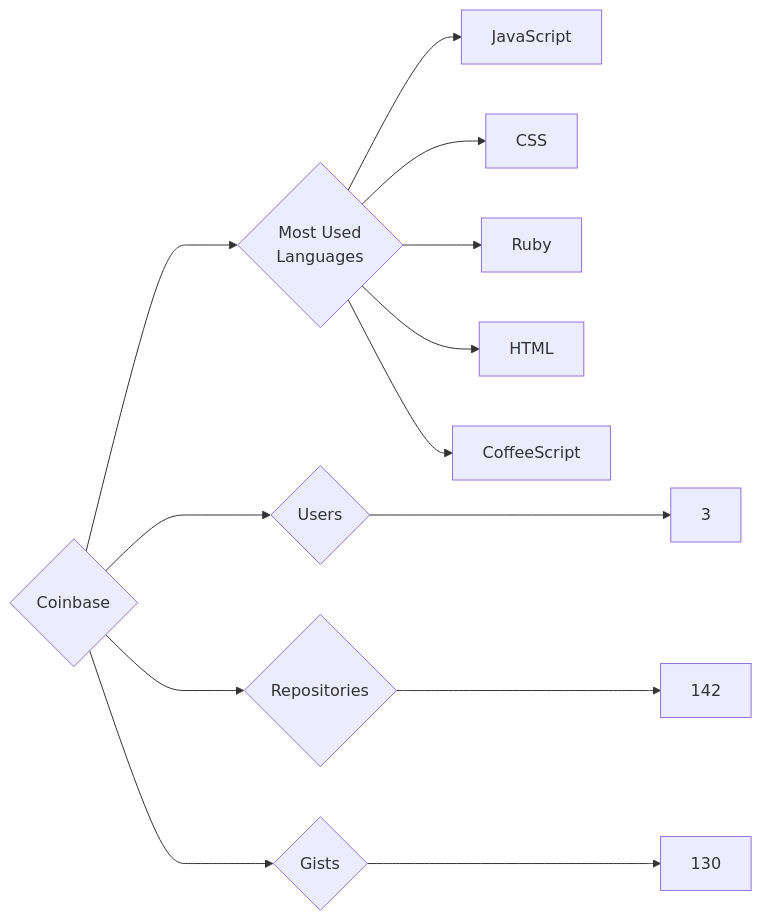
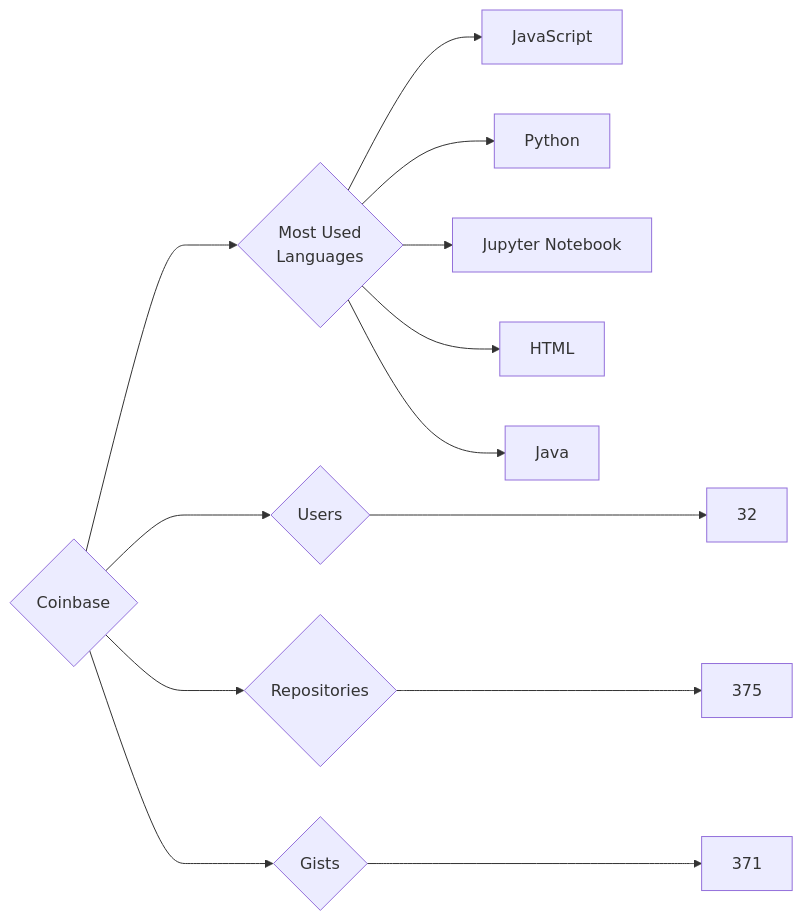
Before and after one commit to trickest/insiders: the diagram in targets/Coinbase/README.md, drawn with Mermaid. The commit also changed 888 other files, not shown here.

````diff
--- a/targets/Coinbase/README.md
+++ b/targets/Coinbase/README.md
@@ -3,13 +3,13 @@
 ```mermaid
 graph LR
 COMPANY_NAME{Coinbase}
-COMPANY_NAME ---> U{Users} ---> UN[3]
-COMPANY_NAME ---> R{Repositories} ---> RN[142]
-COMPANY_NAME ---> G{Gists} ---> GN[130]
+COMPANY_NAME ---> U{Users} ---> UN[32]
+COMPANY_NAME ---> R{Repositories} ---> RN[375]
+COMPANY_NAME ---> G{Gists} ---> GN[371]
 COMPANY_NAME ---> ML{Most Used<br>Languages}
 ML --> JavaScript[JavaScript]
-ML --> CSS[CSS]
-ML --> Ruby[Ruby]
+ML --> Python[Python]
+ML --> Jupyter_Notebook[Jupyter Notebook]
 ML --> HTML[HTML]
-ML --> CoffeeScript[CoffeeScript]
+ML --> Java[Java]
 ```
````
